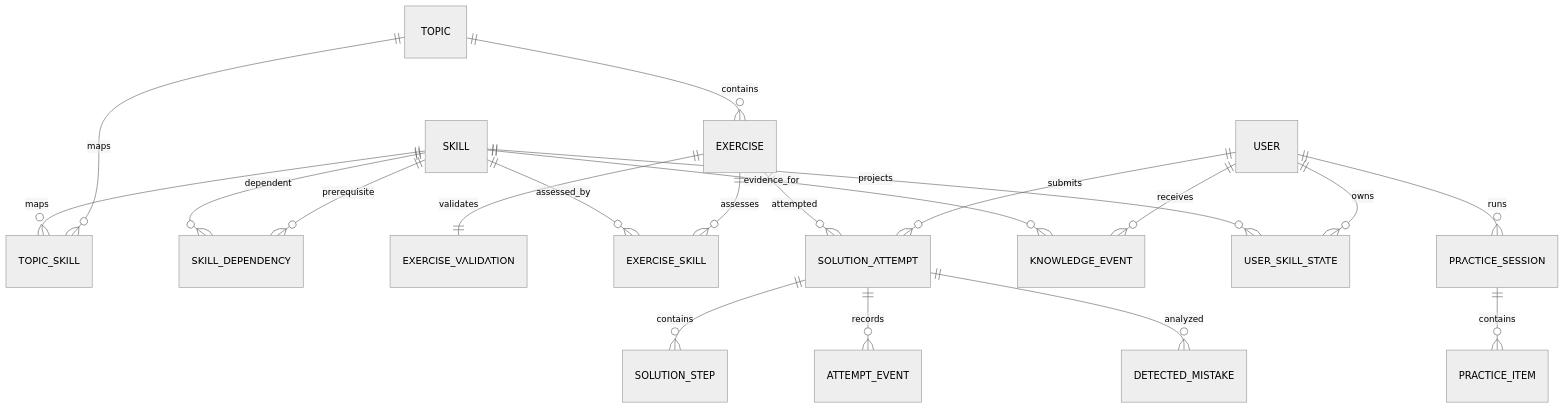
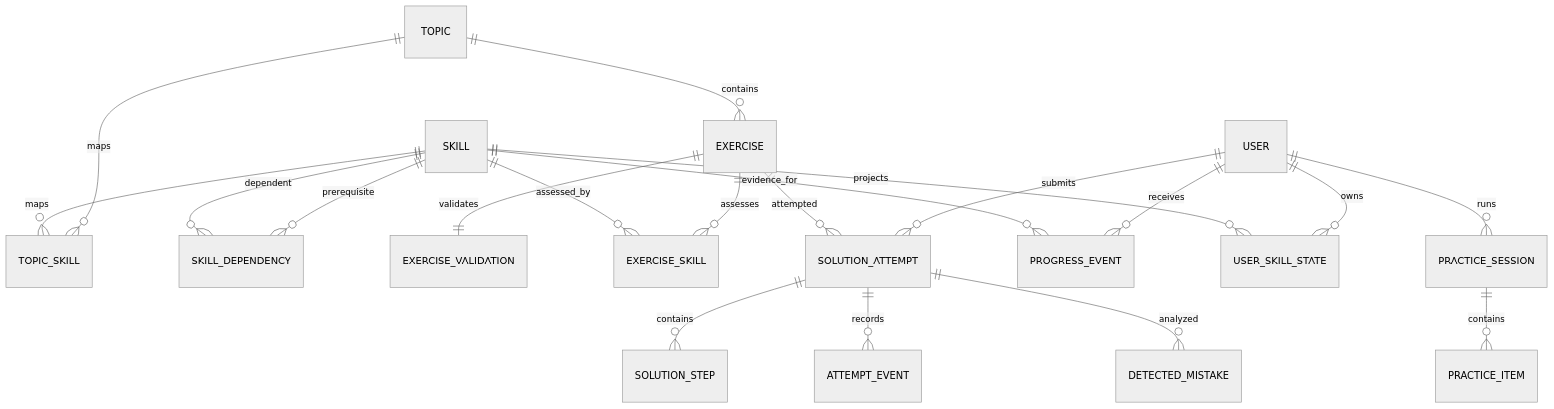
Before and after one commit to Tramsey00/MathStart-Python: the sixth of 7 diagrams in ARCHITECTURE.md, drawn with Mermaid (neutral theme). The commit also changed other lines of this file and 17 other files, not shown here.

Commit message:
feat(r03): add executable knowledge and progress contracts

````diff
--- a/ARCHITECTURE.md
+++ b/ARCHITECTURE.md
@@ -1083,26 +1083,26 @@
 ```mermaid
 erDiagram
     TOPIC ||--o{ TOPIC_SKILL : maps
     SKILL ||--o{ TOPIC_SKILL : maps
     SKILL ||--o{ SKILL_DEPENDENCY : prerequisite
     SKILL ||--o{ SKILL_DEPENDENCY : dependent
 
     TOPIC ||--o{ EXERCISE : contains
     EXERCISE ||--|| EXERCISE_VALIDATION : validates
     EXERCISE ||--o{ EXERCISE_SKILL : assesses
     SKILL ||--o{ EXERCISE_SKILL : assessed_by
 
     USER ||--o{ SOLUTION_ATTEMPT : submits
     EXERCISE ||--o{ SOLUTION_ATTEMPT : attempted
     SOLUTION_ATTEMPT ||--o{ SOLUTION_STEP : contains
     SOLUTION_ATTEMPT ||--o{ ATTEMPT_EVENT : records
     SOLUTION_ATTEMPT ||--o{ DETECTED_MISTAKE : analyzed
 
-    USER ||--o{ KNOWLEDGE_EVENT : receives
-    SKILL ||--o{ KNOWLEDGE_EVENT : evidence_for
+    USER ||--o{ PROGRESS_EVENT : receives
+    SKILL ||--o{ PROGRESS_EVENT : evidence_for
     USER ||--o{ USER_SKILL_STATE : owns
     SKILL ||--o{ USER_SKILL_STATE : projects
 
     USER ||--o{ PRACTICE_SESSION : runs
     PRACTICE_SESSION ||--o{ PRACTICE_ITEM : contains
 ```
````
